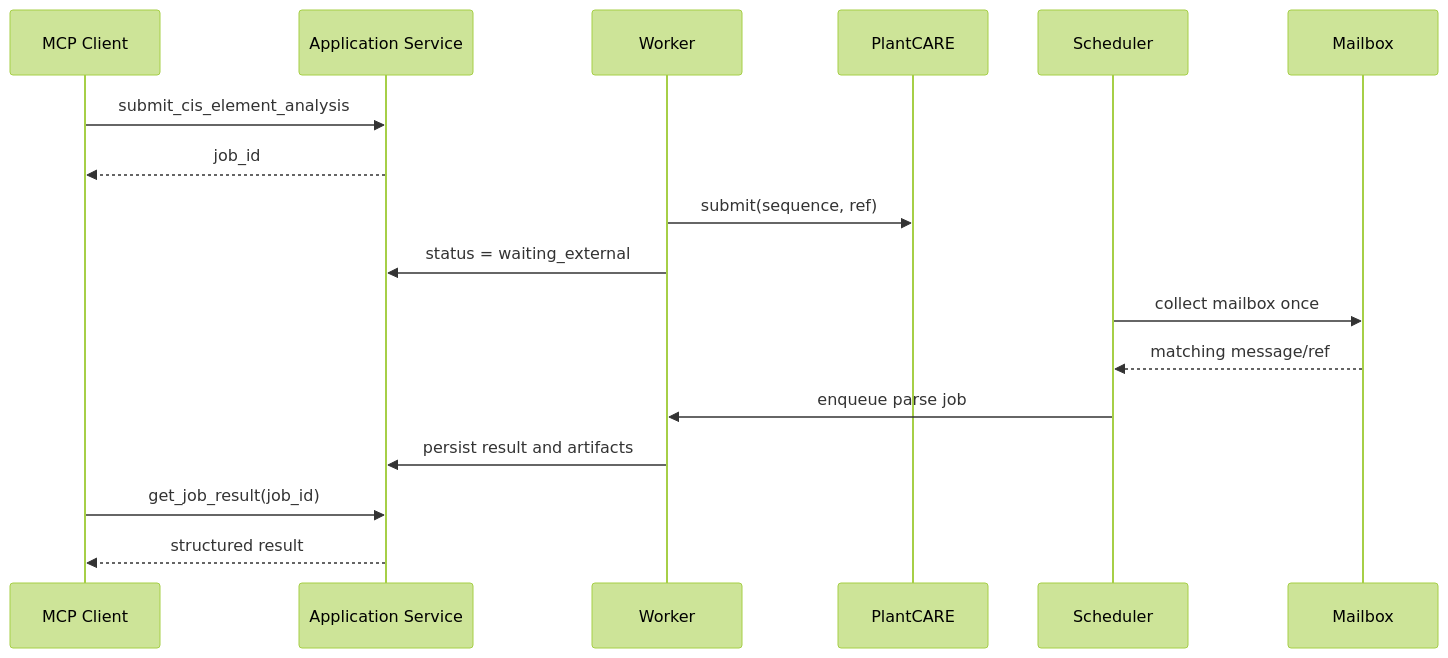
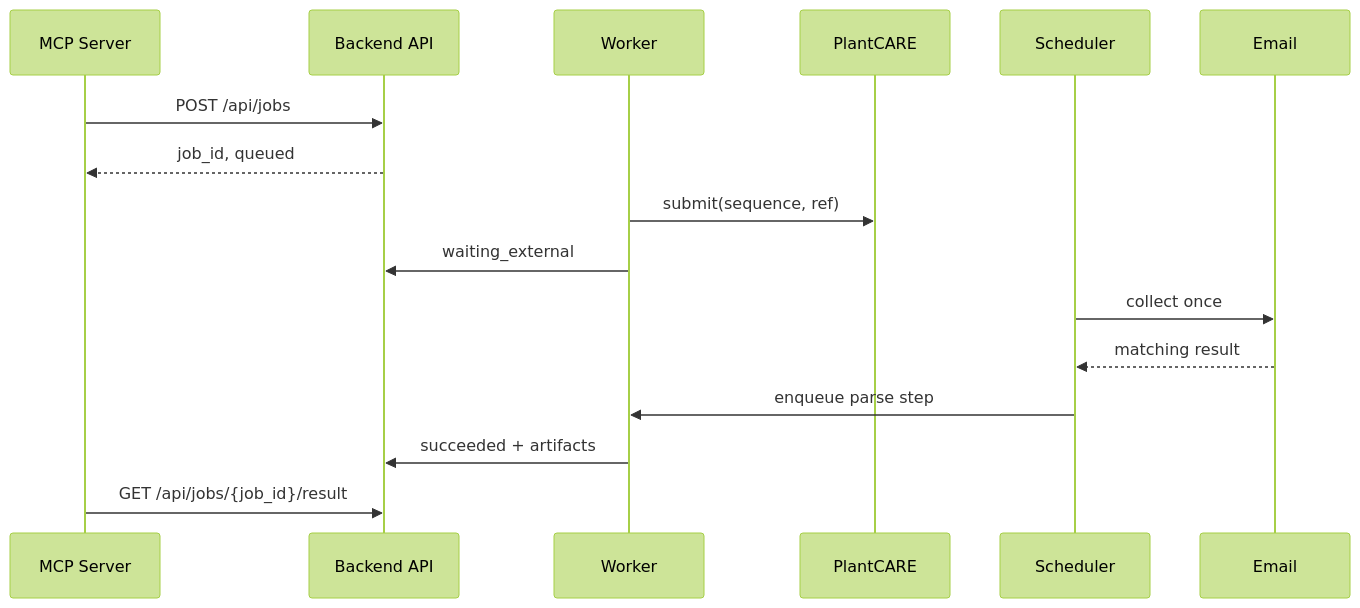
The third of 3 diagrams in docs/architecture.md (xxay-16/gene-family-mcp), drawn with Mermaid (forest theme) before and after one commit. The commit also changed other lines of this file and 48 other files, not shown here.

Commit message:
refactor: split MCP and backend services

````diff
--- a/docs/architecture.md
+++ b/docs/architecture.md
@@ -182,20 +150,19 @@
 ```mermaid
 sequenceDiagram
-    participant U as MCP Client
-    participant A as Application Service
+    participant M as MCP Server
+    participant A as Backend API
     participant W as Worker
     participant P as PlantCARE
     participant S as Scheduler
-    participant M as Mailbox
+    participant E as Email
 
-    U->>A: submit_cis_element_analysis
-    A-->>U: job_id
+    M->>A: POST /api/jobs
+    A-->>M: job_id, queued
     W->>P: submit(sequence, ref)
-    W->>A: status = waiting_external
-    S->>M: collect mailbox once
-    M-->>S: matching message/ref
-    S->>W: enqueue parse job
-    W->>A: persist result and artifacts
-    U->>A: get_job_result(job_id)
-    A-->>U: structured result
+    W->>A: waiting_external
+    S->>E: collect once
+    E-->>S: matching result
+    S->>W: enqueue parse step
+    W->>A: succeeded + artifacts
+    M->>A: GET /api/jobs/{job_id}/result
 ```
````
